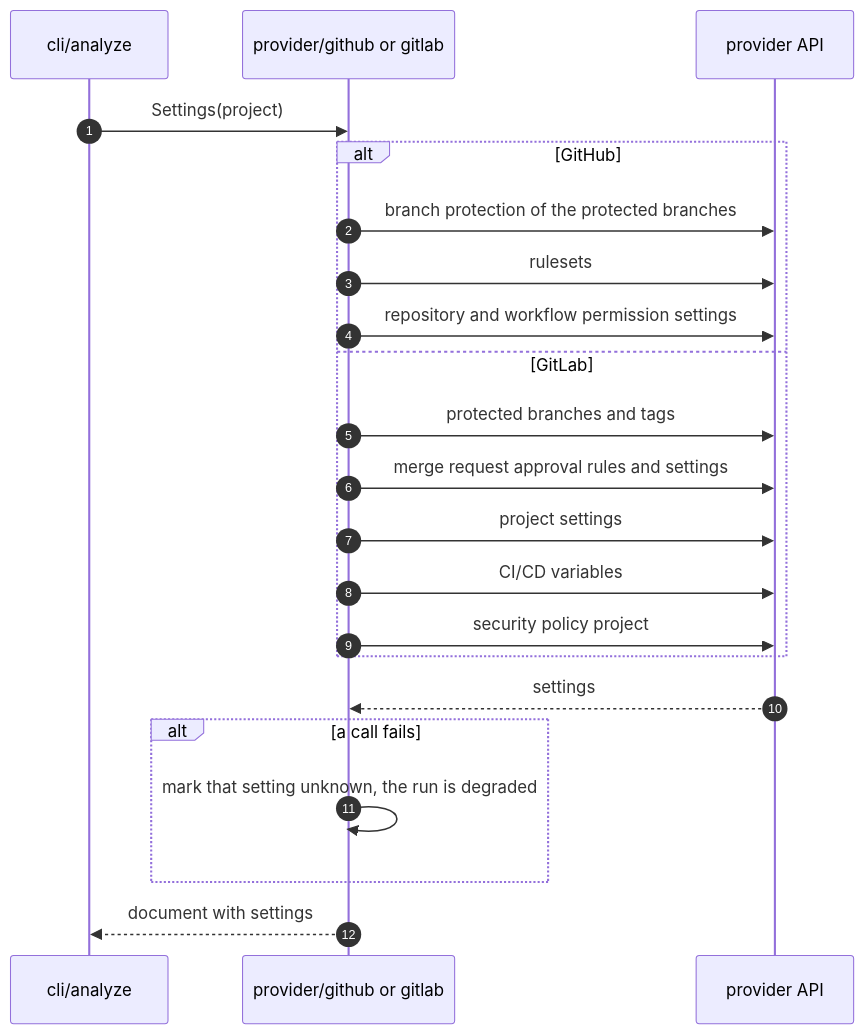
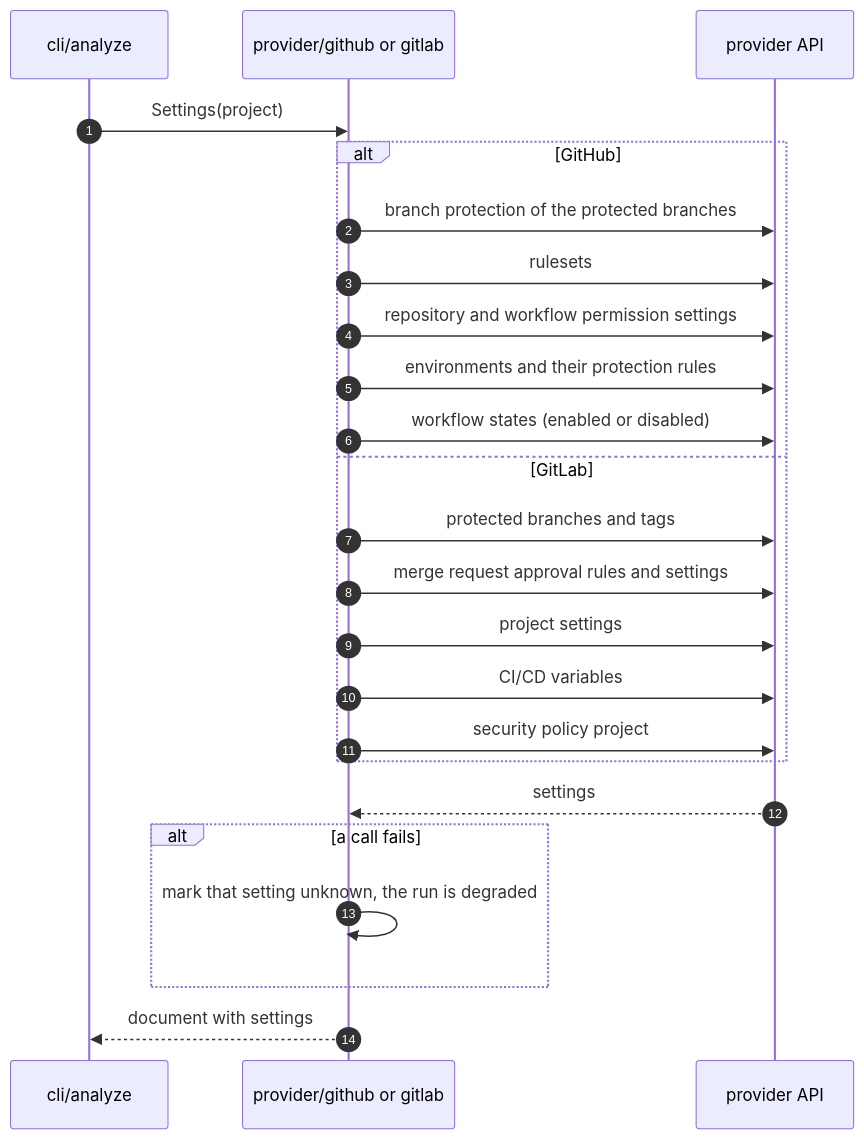
One commit to getplumber/plumber changed the fifth of 6 diagrams in v1/docs/analyze-flow.md. Above: the diagram before and after it, drawn with Mermaid. The commit also changed other lines of this file and 3 other files, not shown here.

````diff
--- a/v1/docs/analyze-flow.md
+++ b/v1/docs/analyze-flow.md
@@ -201,25 +236,27 @@
 ```mermaid
 sequenceDiagram
     autonumber
     participant A as cli/analyze
     participant P as provider/github or gitlab
     participant API as provider API
 
     A->>P: Settings(project)
     alt GitHub
         P->>API: branch protection of the protected branches
         P->>API: rulesets
         P->>API: repository and workflow permission settings
+        P->>API: environments and their protection rules
+        P->>API: workflow states (enabled or disabled)
     else GitLab
         P->>API: protected branches and tags
         P->>API: merge request approval rules and settings
         P->>API: project settings
         P->>API: CI/CD variables
         P->>API: security policy project
     end
     API-->>P: settings
     alt a call fails
         P->>P: mark that setting unknown, the run is degraded
     end
     P-->>A: document with settings
 ```
````
